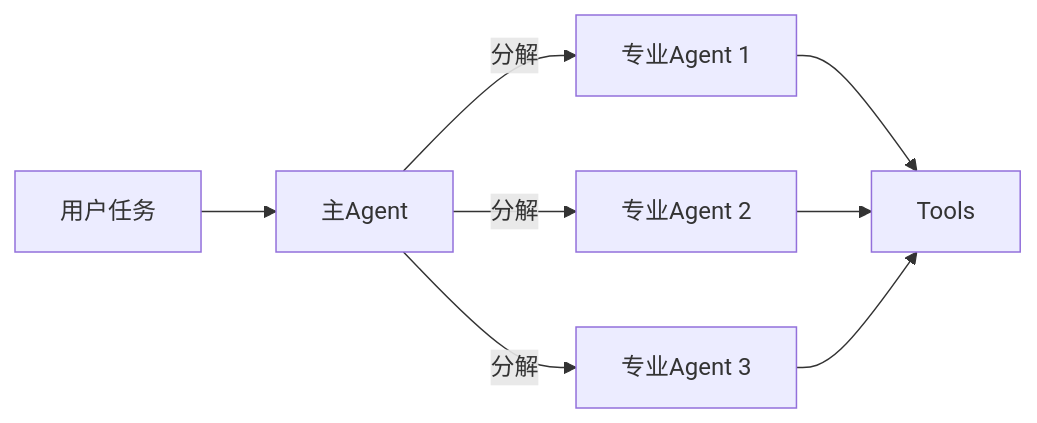
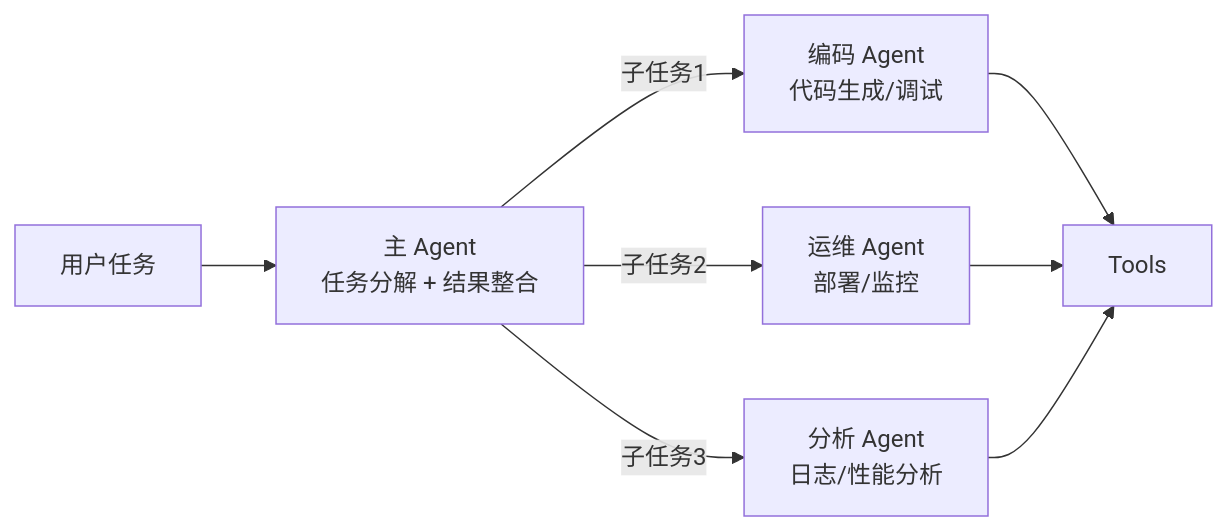
One commit to fefeding/ai-cmd changed the third of 6 diagrams in docs/ARCHITECTURE.md. Above: the diagram before and after it, drawn with Mermaid. The commit also changed other lines of this file and 17 other files, not shown here.

````diff
--- a/docs/ARCHITECTURE.md
+++ b/docs/ARCHITECTURE.md
@@ -27,10 +89,10 @@
 ```mermaid
 graph LR
-    User[用户任务] --> Primary[主Agent]
-    Primary -->|分解| Agent1[专业Agent 1]
-    Primary -->|分解| Agent2[专业Agent 2]
-    Primary -->|分解| Agent3[专业Agent 3]
+    User[用户任务] --> Primary[主 Agent<br/>任务分解 + 结果整合]
+    Primary -->|子任务1| Agent1[编码 Agent<br/>代码生成/调试]
+    Primary -->|子任务2| Agent2[运维 Agent<br/>部署/监控]
+    Primary -->|子任务3| Agent3[分析 Agent<br/>日志/性能分析]
     Agent1 --> Tools
     Agent2 --> Tools
     Agent3 --> Tools
 ```
````
